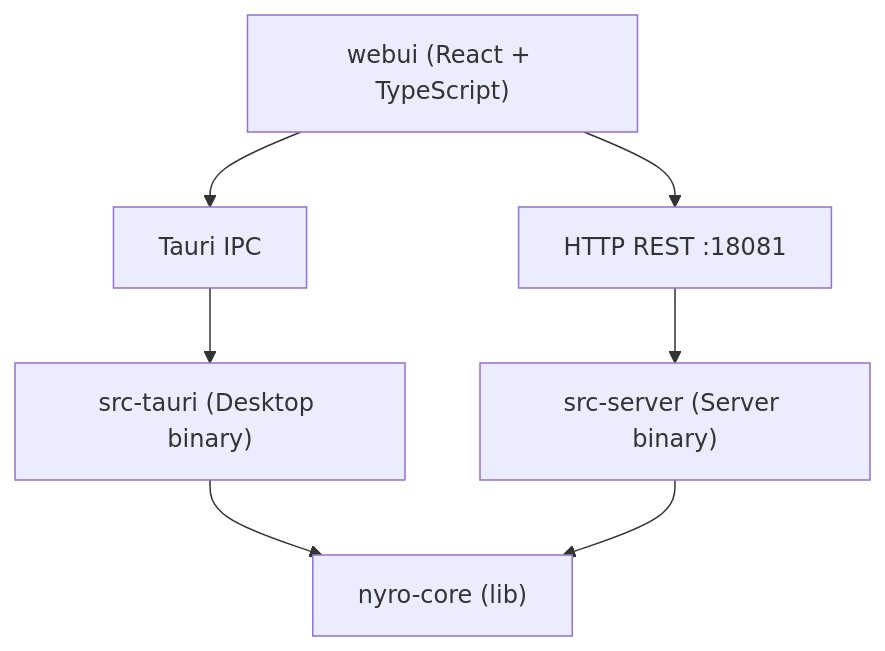
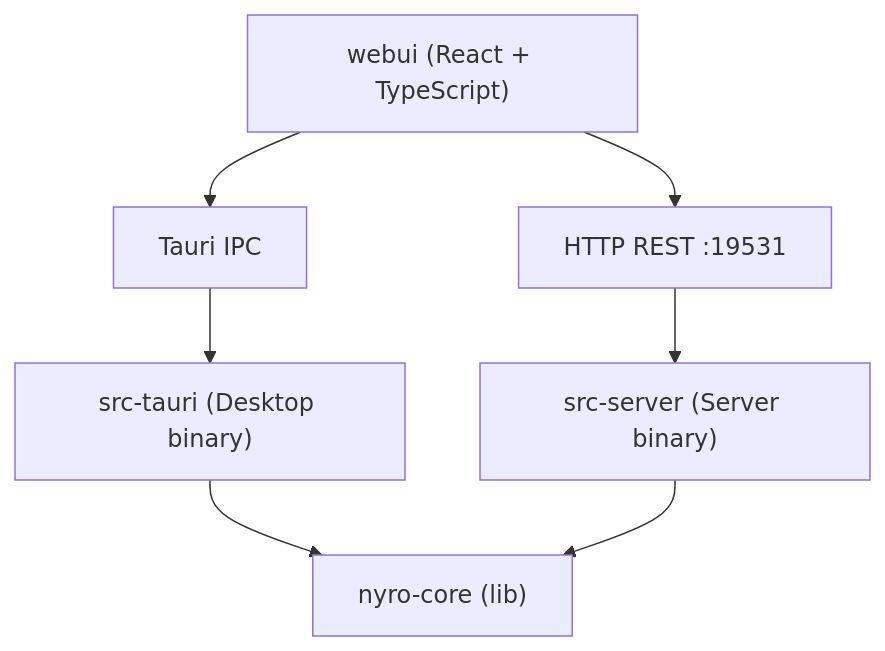
Before and after one commit to nyroway/nyro: the diagram in docs/design/architecture.md, drawn with Mermaid. The commit also changed other lines of this file, not shown here.

First line of the commit message:
docs: refresh architecture.md to align with current codebase

````diff
--- a/docs/design/architecture.md
+++ b/docs/design/architecture.md
@@ -144,16 +150,16 @@
 ```mermaid
 graph TD
     nyroCoreLib["nyro-core (lib)"]
     srcTauri["src-tauri (Desktop binary)"]
     srcServer["src-server (Server binary)"]
     webui["webui (React + TypeScript)"]
     tauriIPC["Tauri IPC"]
-    httpREST["HTTP REST :18081"]
+    httpREST["HTTP REST :19531"]
 
     srcTauri --> nyroCoreLib
     srcServer --> nyroCoreLib
     webui --> tauriIPC
     webui --> httpREST
     tauriIPC --> srcTauri
     httpREST --> srcServer
 ```
````
